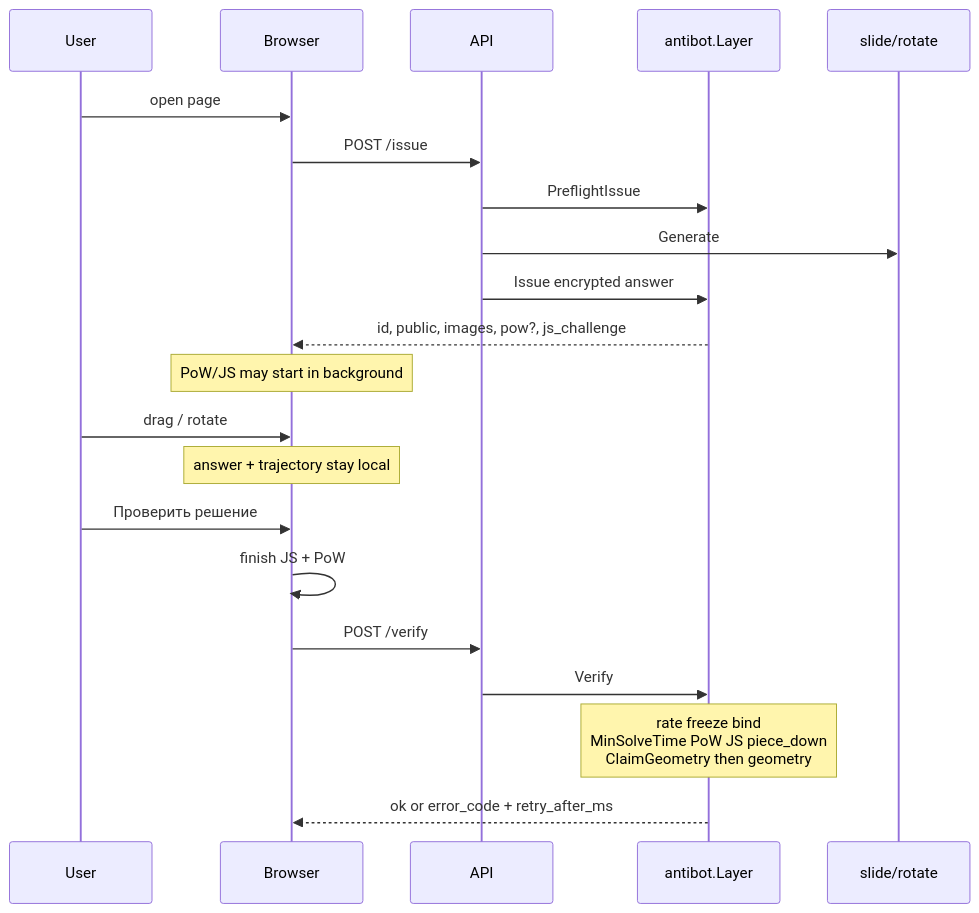
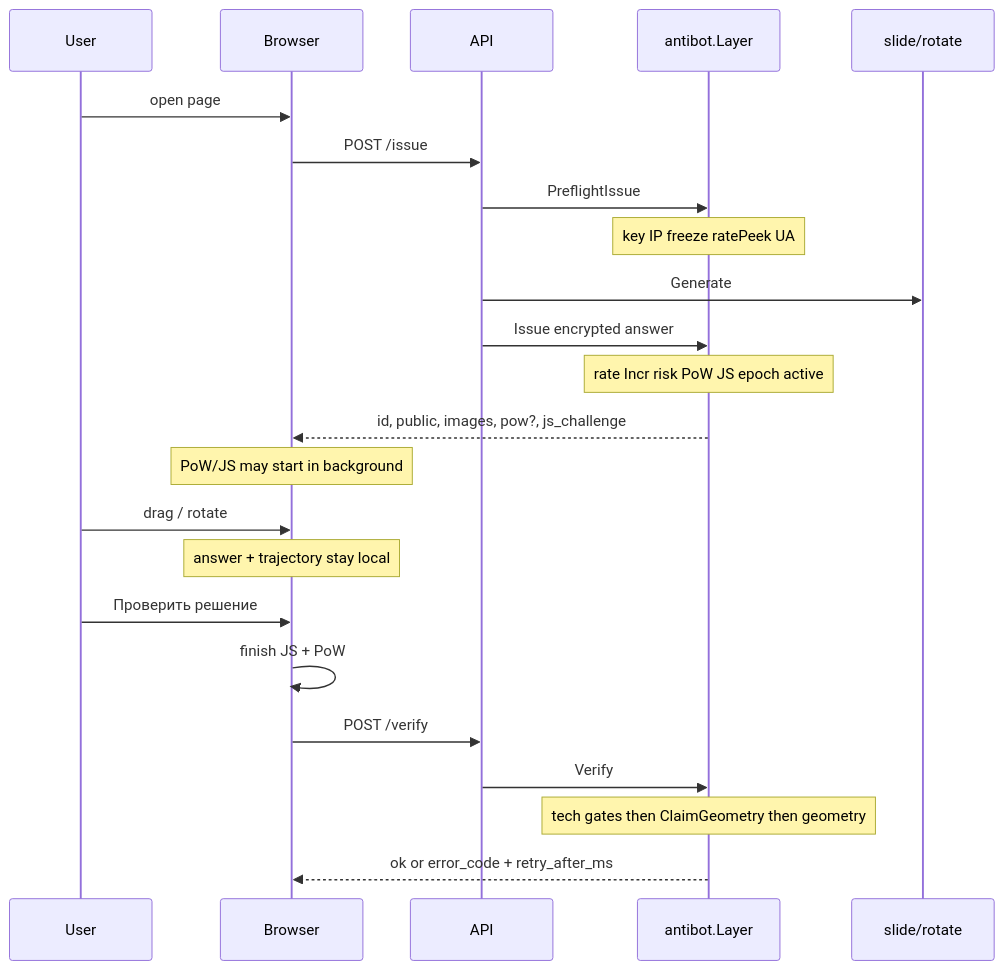
The third of 5 diagrams in v2/antibot/README.md (feerichnii/go-captcha), drawn with Mermaid before and after one commit. The commit also changed other lines of this file, not shown here.

First line of the commit message:
docs: map AntiBot checks by stage with architecture diagrams

````diff
--- a/v2/antibot/README.md
+++ b/v2/antibot/README.md
@@ -53,24 +106,26 @@
 ```mermaid
 sequenceDiagram
   participant User
   participant Browser
   participant API
   participant Layer as antibot.Layer
   participant Gen as slide/rotate
 
   User->>Browser: open page
   Browser->>API: POST /issue
   API->>Layer: PreflightIssue
+  Note over Layer: key IP freeze ratePeek UA
   API->>Gen: Generate
   API->>Layer: Issue encrypted answer
+  Note over Layer: rate Incr risk PoW JS epoch active
   Layer-->>Browser: id, public, images, pow?, js_challenge
   Note over Browser: PoW/JS may start in background
   User->>Browser: drag / rotate
   Note over Browser: answer + trajectory stay local
   User->>Browser: Проверить решение
   Browser->>Browser: finish JS + PoW
   Browser->>API: POST /verify
   API->>Layer: Verify
-  Note over Layer: rate freeze bind<br/>MinSolveTime PoW JS piece_down<br/>ClaimGeometry then geometry
+  Note over Layer: tech gates then ClaimGeometry then geometry
   Layer-->>Browser: ok or error_code + retry_after_ms
 ```
````
